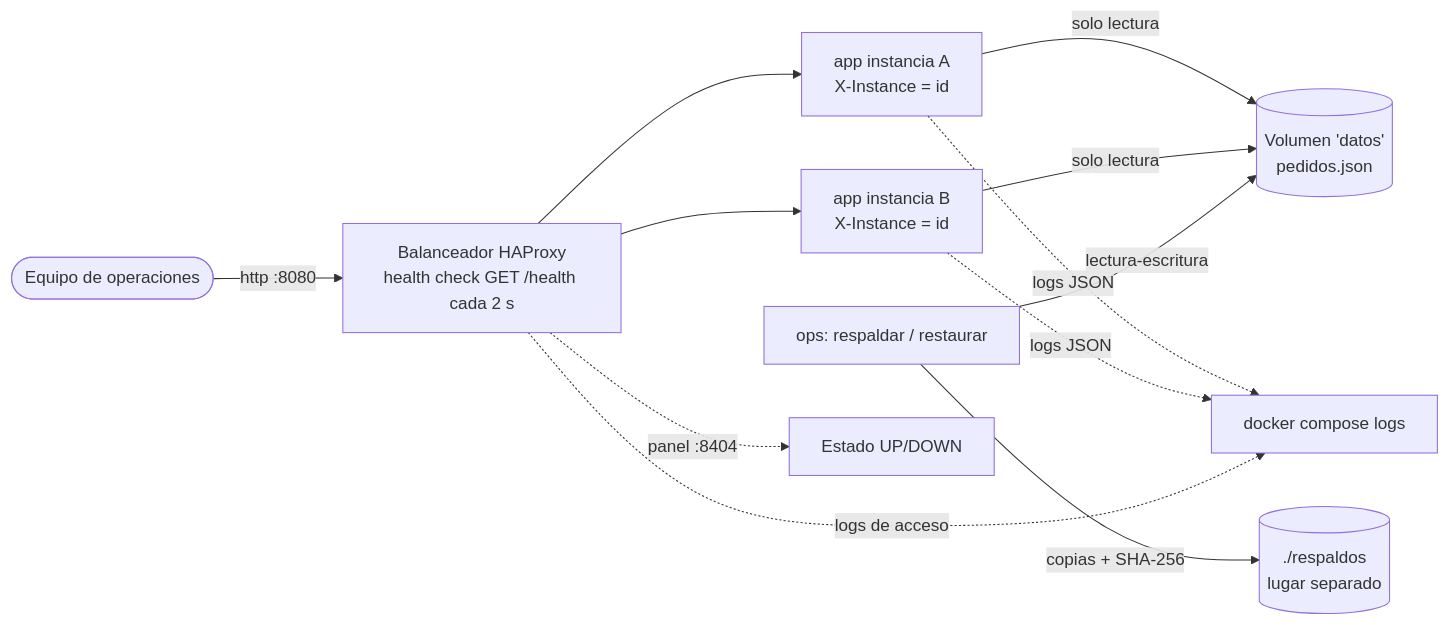
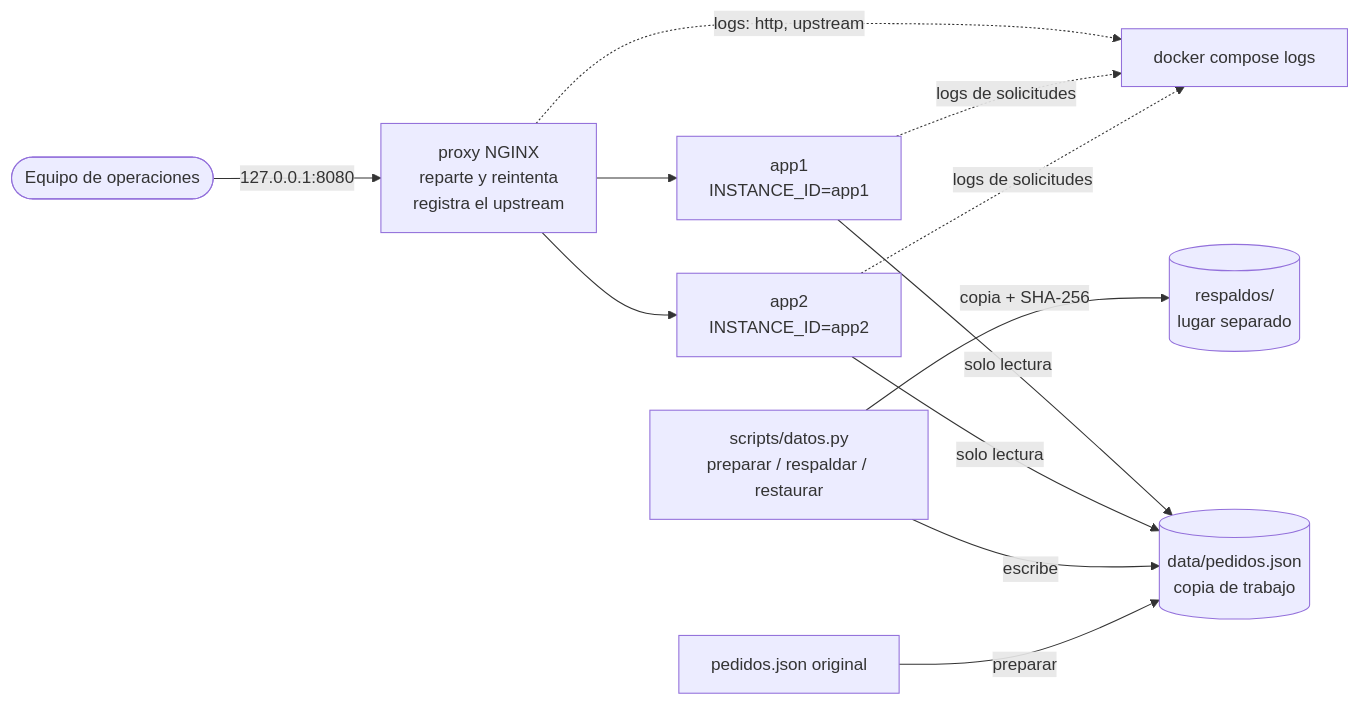
Before and after one commit to jalastrag9728/Despliegue_Proyecto_EstudIA: the diagram in docs/ARQUITECTURA.md, drawn with Mermaid. The commit also changed other lines of this file and 32 other files, not shown here.

````diff
--- a/docs/ARQUITECTURA.md
+++ b/docs/ARQUITECTURA.md
@@ -5,14 +3,14 @@
 ```mermaid
 flowchart LR
-    U([Equipo de operaciones]) -->|http :8080| LB[Balanceador HAProxy<br/>health check GET /health cada 2 s]
-    LB --> A1[app instancia A<br/>X-Instance = id]
-    LB --> A2[app instancia B<br/>X-Instance = id]
-    A1 -->|solo lectura| V[(Volumen 'datos'<br/>pedidos.json)]
-    A2 -->|solo lectura| V
-    OPS[ops: respaldar / restaurar] -->|lectura-escritura| V
-    OPS -->|copias + SHA-256| B[(./respaldos<br/>lugar separado)]
-    LB -. panel :8404 .-> S[Estado UP/DOWN]
-    A1 -. logs JSON .-> L[docker compose logs]
-    A2 -. logs JSON .-> L
-    LB -. logs de acceso .-> L
+    U([Equipo de operaciones]) -->|127.0.0.1:8080| P[proxy NGINX<br/>reparte y reintenta<br/>registra el upstream]
+    P --> A1[app1<br/>INSTANCE_ID=app1]
+    P --> A2[app2<br/>INSTANCE_ID=app2]
+    A1 -->|solo lectura| D[(data/pedidos.json<br/>copia de trabajo)]
+    A2 -->|solo lectura| D
+    S[scripts/datos.py<br/>preparar / respaldar / restaurar] -->|escribe| D
+    S -->|copia + SHA-256| R[(respaldos/<br/>lugar separado)]
+    O[pedidos.json original] -->|preparar| D
+    P -. logs: http, upstream .-> L[docker compose logs]
+    A1 -. logs de solicitudes .-> L
+    A2 -. logs de solicitudes .-> L
 ```
````
